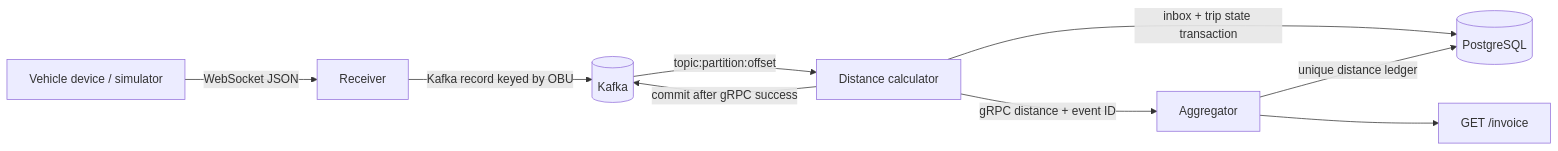
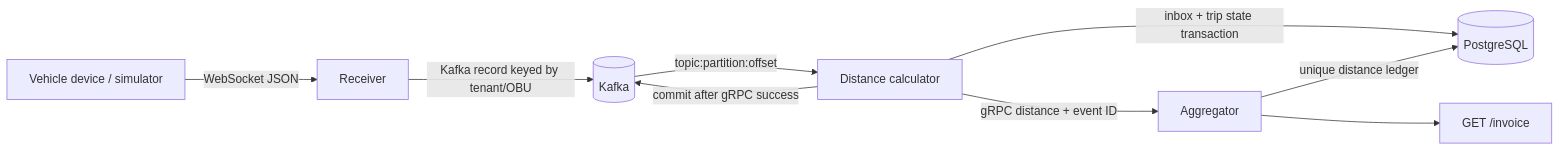
The diagram in Readme.md (Tanmoy095/FleetToll-Engine), drawn with Mermaid before and after one commit. The commit also changed other lines of this file and 21 other files, not shown here.

````diff
--- a/Readme.md
+++ b/Readme.md
@@ -25,11 +25,11 @@
 ```mermaid
 flowchart LR
   Device[Vehicle device / simulator] -->|WebSocket JSON| Receiver[Receiver]
-  Receiver -->|Kafka record keyed by OBU| Kafka[(Kafka)]
+  Receiver -->|Kafka record keyed by tenant/OBU| Kafka[(Kafka)]
   Kafka -->|topic:partition:offset| Calculator[Distance calculator]
   Calculator -->|inbox + trip state transaction| DB[(PostgreSQL)]
   Calculator -->|gRPC distance + event ID| Aggregator[Aggregator]
   Aggregator -->|unique distance ledger| DB
   Aggregator --> Invoice[GET /invoice]
   Calculator -->|commit after gRPC success| Kafka
 ```
````
